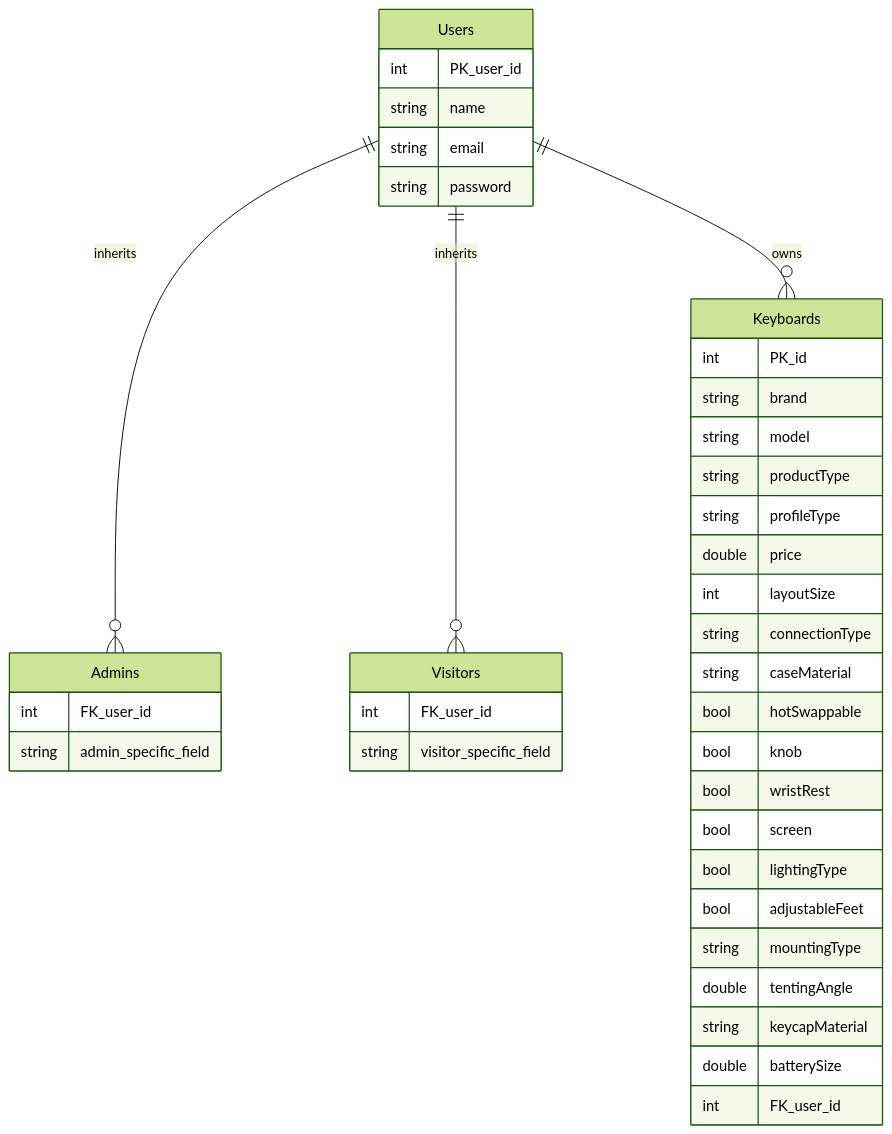
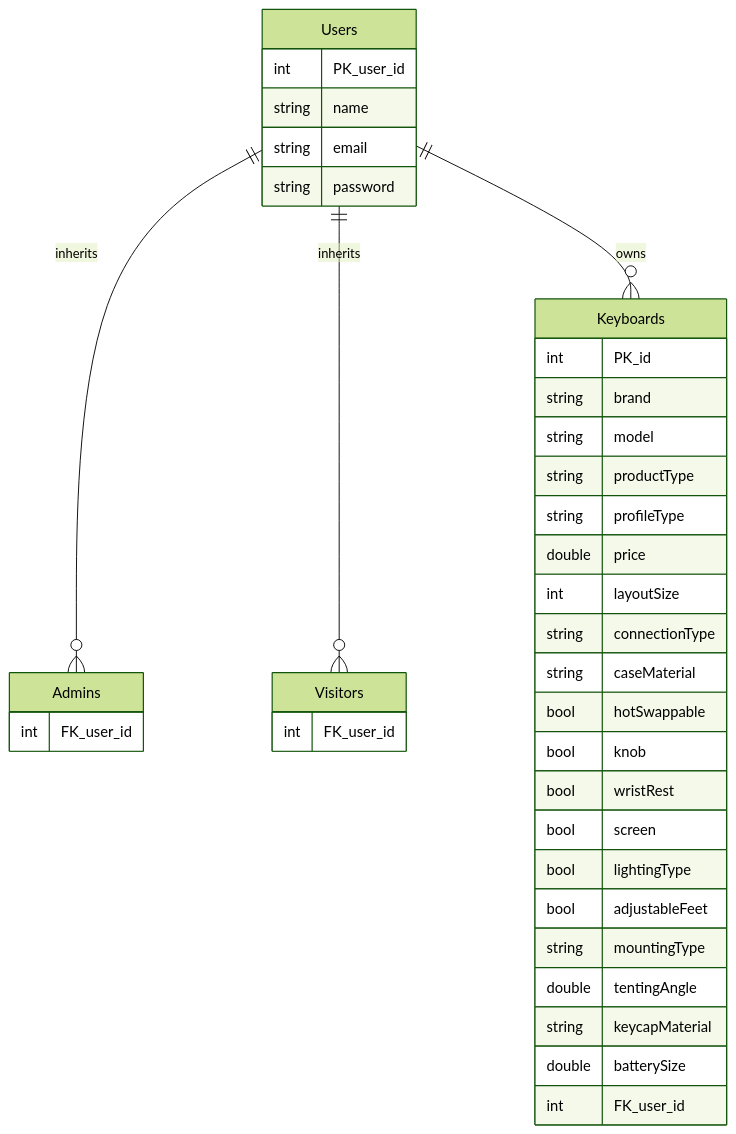
Before and after one commit to GaafarDev/PC-Copilot-: the diagram in README.md, drawn with Mermaid (forest theme).

````diff
--- a/README.md
+++ b/README.md
@@ -1,42 +1,40 @@
 ```mermaid
 erDiagram
     Users {
         int PK_user_id
         string name
         string email
         string password
     }
     Admins {
         int FK_user_id
-        string admin_specific_field
     }
     Visitors {
         int FK_user_id
-        string visitor_specific_field
     }
     Keyboards {
         int PK_id
         string brand
         string model
         string productType
         string profileType
         double price
         int layoutSize
         string connectionType
         string caseMaterial
         bool hotSwappable
         bool knob
         bool wristRest
         bool screen
         bool lightingType
         bool adjustableFeet
         string mountingType
         double tentingAngle
         string keycapMaterial
         double batterySize
         int FK_user_id
     }
     Users ||--o{ Admins : "inherits"
     Users ||--o{ Visitors : "inherits"
     Users ||--o{ Keyboards : "owns"
 ```
````
